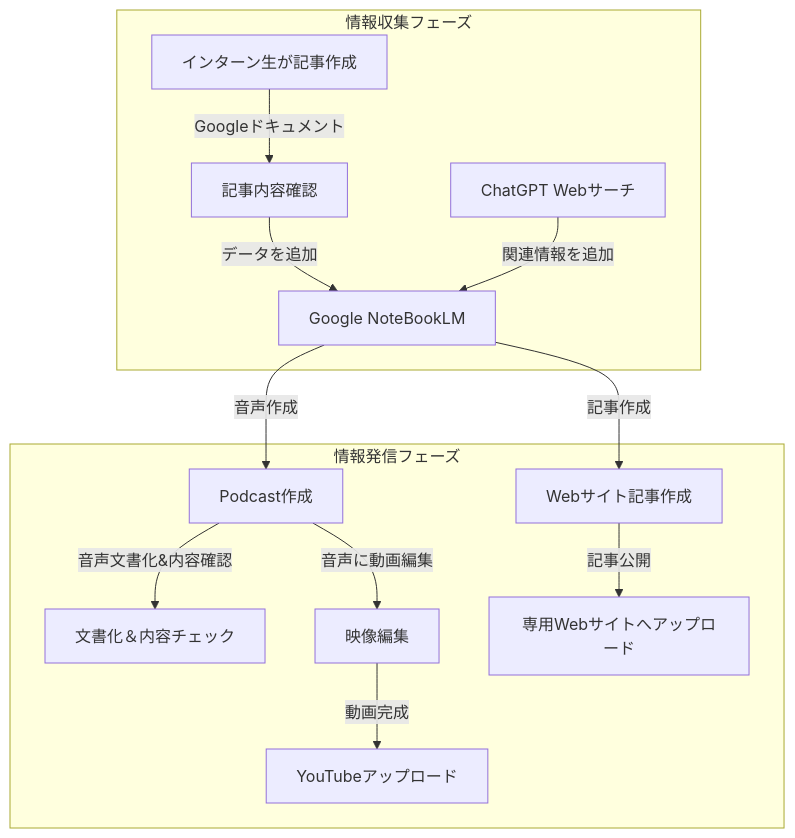
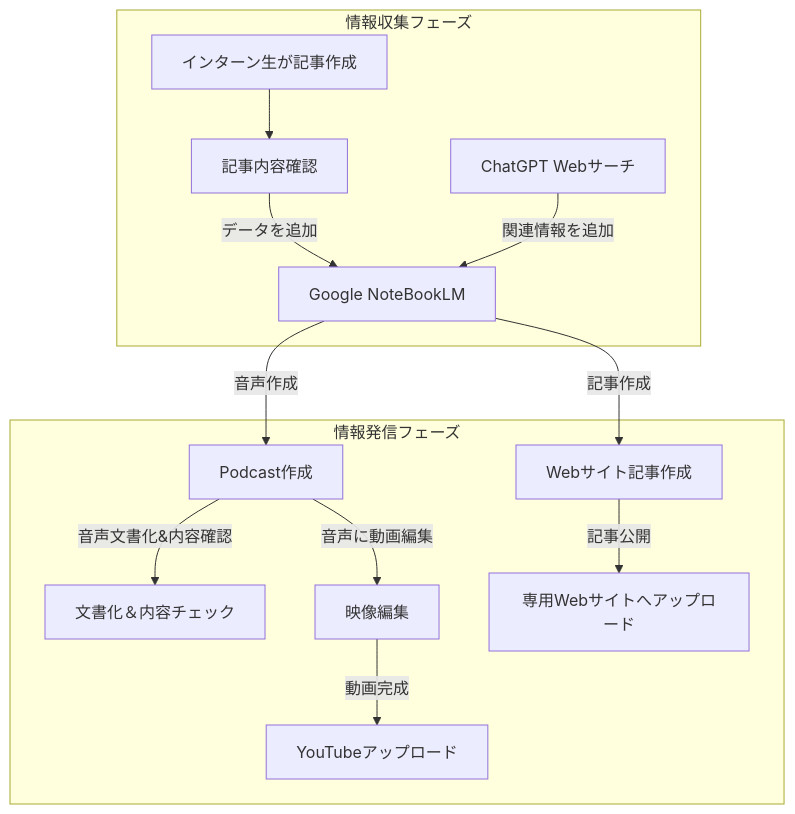
Before and after one commit to elnas0311/googleWorkspace: the first of 2 diagrams in アーキテクチャ.md, drawn with Mermaid. The commit also changed other lines of this file, not shown here.

Commit message:
「福岡市 小戸・姪浜グローバル共創プラットフォーム企画書」へのタイトル変更と情報収集フェーズのフローチャートを修正

````diff
--- a/アーキテクチャ.md
+++ b/アーキテクチャ.md
@@ -71,16 +71,16 @@
 ```mermaid
 graph TD;
     subgraph 情報収集フェーズ
-        A[インターン生が記事作成] -->|Googleドキュメント| B[記事内容確認]
+        A[インターン生が記事作成] --> B[記事内容確認]
         B -->|データを追加| C[Google NoteBookLM]
         D[ChatGPT Webサーチ]-->|関連情報を追加| C 
     end
     subgraph 情報発信フェーズ
         C -->|音声作成| E[Podcast作成]
         E -->|音声文書化&内容確認| F[文書化＆内容チェック]
         E -->|音声に動画編集| G[映像編集]
         G -->|動画完成| H[YouTubeアップロード]
         C -->|記事作成| I[Webサイト記事作成]
         I -->|記事公開| J[専用Webサイトへアップロード]
     end
 ```
````
